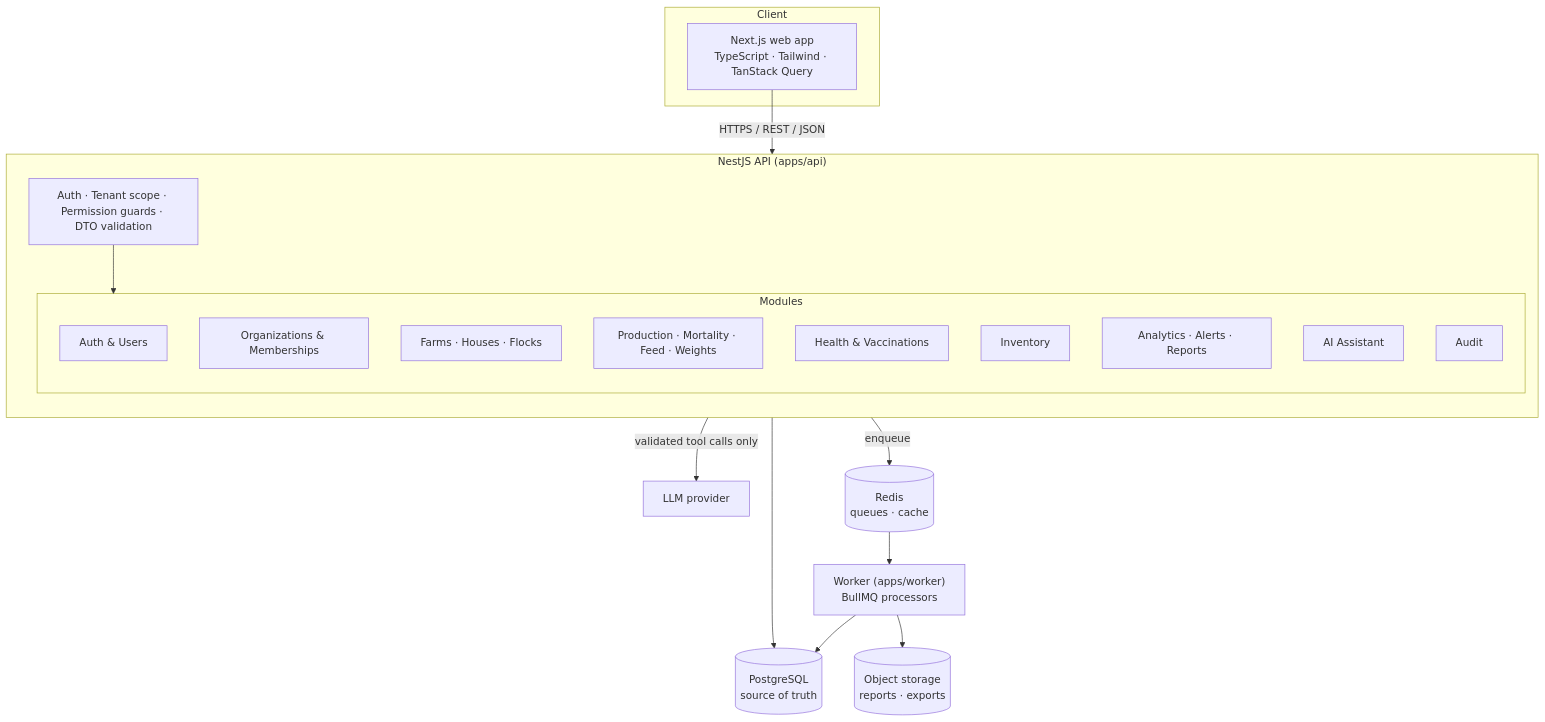
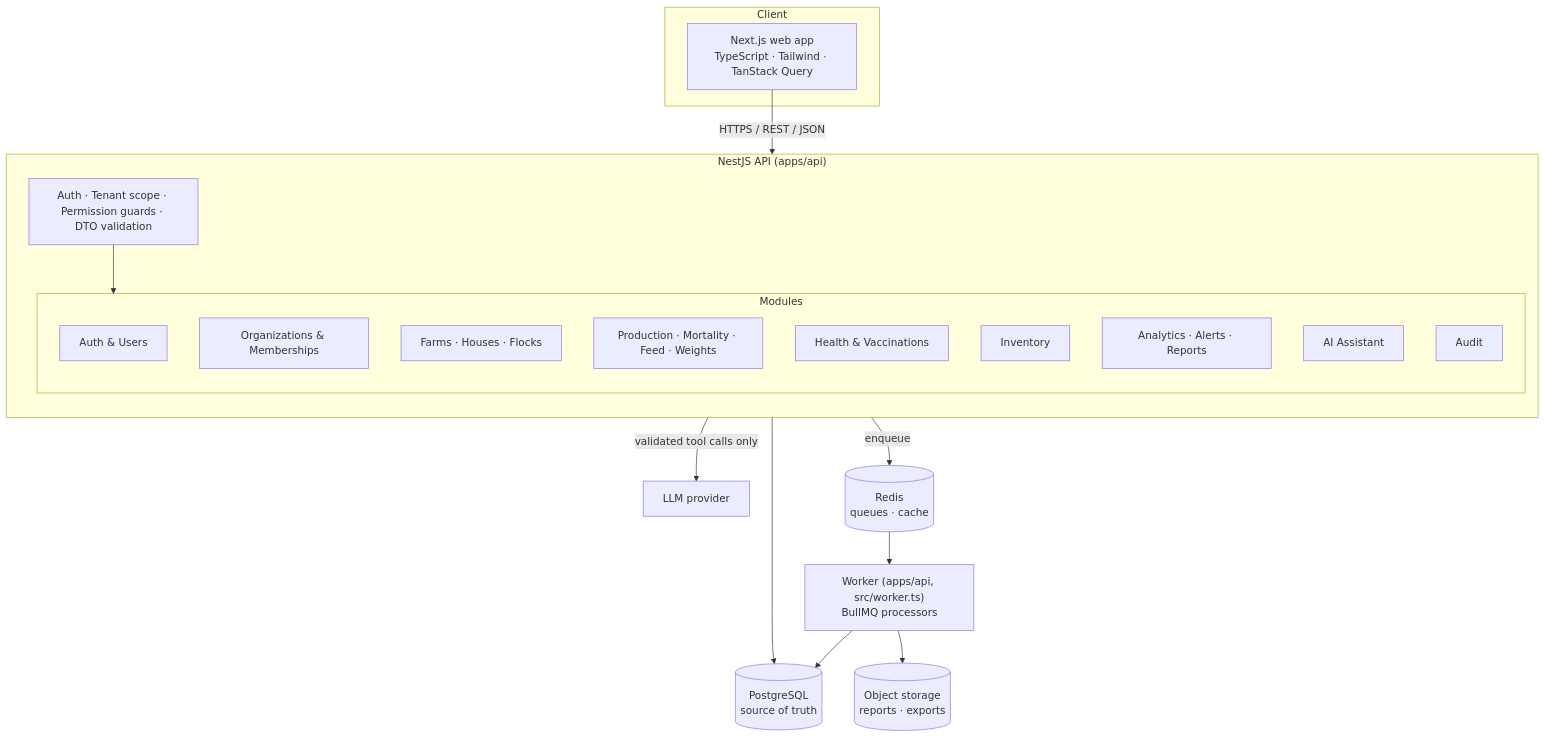
The diagram in docs/architecture/overview.md (Abinet16/FarmOS-Intelligence), drawn with Mermaid before and after one commit. The commit also changed other lines of this file, not shown here.

Commit message:
docs(overview): place the worker in the API codebase

````diff
--- a/docs/architecture/overview.md
+++ b/docs/architecture/overview.md
@@ -7,37 +7,37 @@
 ```mermaid
 flowchart TB
   subgraph Client
     WEB[Next.js web app<br/>TypeScript · Tailwind · TanStack Query]
   end
 
   subgraph API["NestJS API (apps/api)"]
     direction TB
     GUARDS[Auth · Tenant scope · Permission guards · DTO validation]
     subgraph Modules
       AUTH[Auth & Users]
       ORG[Organizations & Memberships]
       FARM[Farms · Houses · Flocks]
       OPS[Production · Mortality · Feed · Weights]
       HEALTH[Health & Vaccinations]
       INV[Inventory]
       ANALYTICS[Analytics · Alerts · Reports]
       AI[AI Assistant]
       AUDIT[Audit]
     end
     GUARDS --> Modules
   end
 
-  WORKER["Worker (apps/worker)<br/>BullMQ processors"]
+  WORKER["Worker (apps/api, src/worker.ts)<br/>BullMQ processors"]
   PG[(PostgreSQL<br/>source of truth)]
   REDIS[(Redis<br/>queues · cache)]
   LLM[LLM provider]
   S3[(Object storage<br/>reports · exports)]
 
   WEB -- HTTPS / REST / JSON --> GUARDS
   Modules --> PG
   Modules -- enqueue --> REDIS
   REDIS --> WORKER
   WORKER --> PG
   WORKER --> S3
   AI -- validated tool calls only --> LLM
 ```
````
